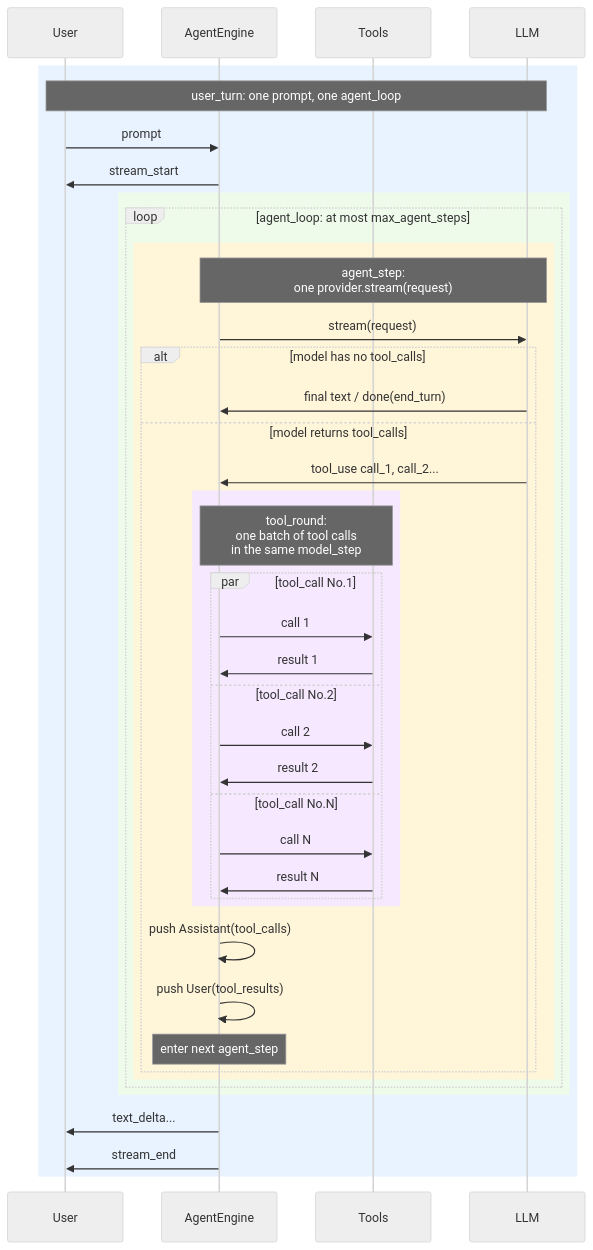
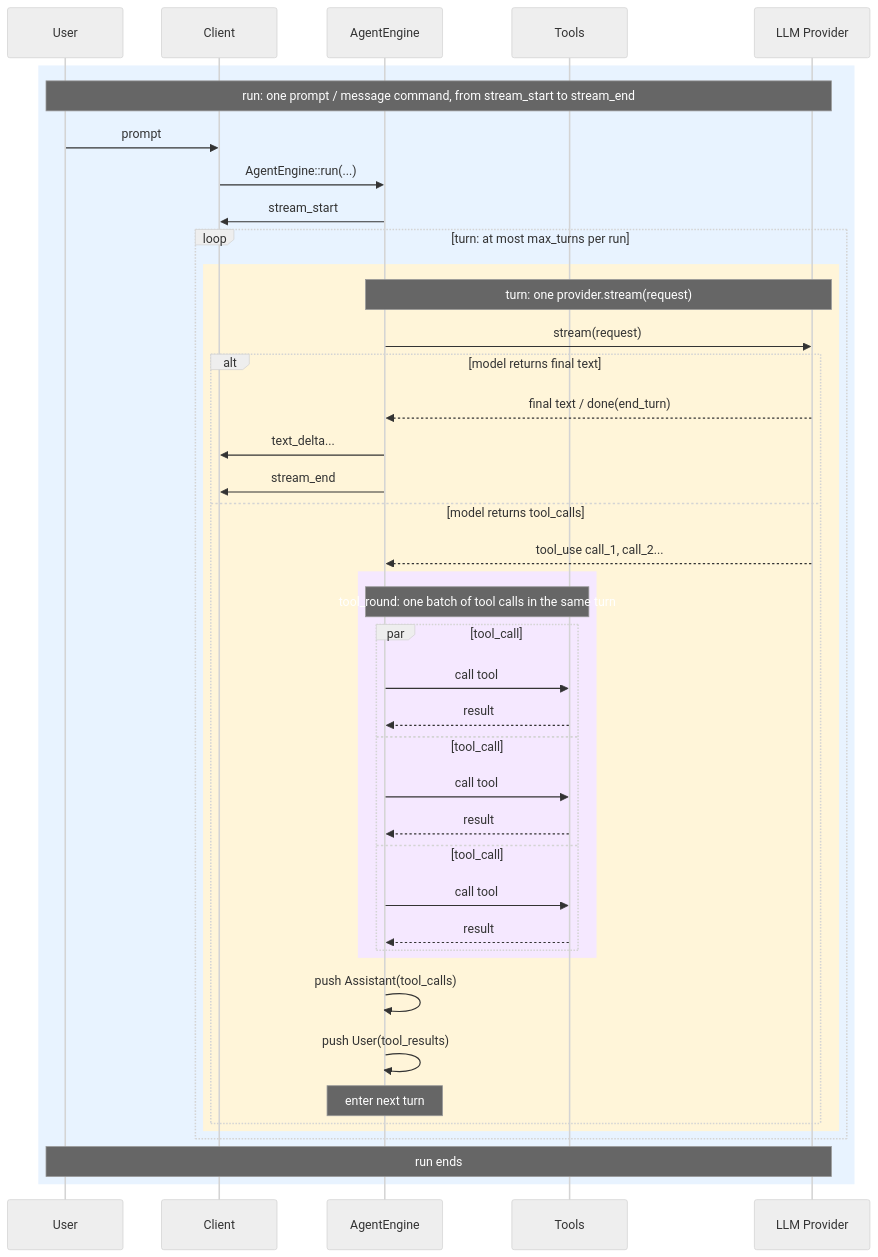
Before and after one commit to iOfficeAI/aionrs: the diagram in docs/core-concepts.md, drawn with Mermaid (neutral theme). The commit also changed other lines of this file and 13 other files, not shown here.

First line of the commit message:
fix(aion-agent): guard non-final turns

````diff
--- a/docs/core-concepts.md
+++ b/docs/core-concepts.md
@@ -31,51 +31,49 @@
 ```mermaid
 sequenceDiagram
     participant U as User
+    participant C as Client
     participant E as AgentEngine
     participant T as Tools
-    participant L as LLM
+    participant L as LLM Provider
 
     rect rgb(232, 243, 255)
-    Note over U,L: user_turn: one prompt, one agent_loop
-    U->>E: prompt
-    E->>U: stream_start
+    Note over U,L: run: one prompt / message command, from stream_start to stream_end
+    U->>C: prompt
+    C->>E: AgentEngine::run(...)
+    E->>C: stream_start
 
-    rect rgb(238, 251, 234)
+    loop turn: at most max_turns per run
+        rect rgb(255, 245, 217)
+            Note over E,L: turn: one provider.stream(request)
+            E->>L: stream(request)
 
-        loop agent_loop: at most max_agent_steps
-            rect rgb(255, 245, 217)
-                Note over E,L: agent_step:<br/>one provider.stream(request)
-                E->>L: stream(request)
+            alt model returns final text
+                L-->>E: final text / done(end_turn)
+                E->>C: text_delta...
+                E->>C: stream_end
+            else model returns tool_calls
+                L-->>E: tool_use call_1, call_2...
+                rect rgb(245, 232, 255)
+                    Note over E,T: tool_round: one batch of tool calls in the same turn
+                    par tool_call #1
+                        E->>T: call tool #1
+                        T-->>E: result #1
+                    and tool_call #2
+                        E->>T: call tool #2
+                        T-->>E: result #2
+                    and tool_call #N
+                        E->>T: call tool #N
+                        T-->>E: result #N
+                    end
+                end
 
-                alt model has no tool_calls
-                    L->>E: final text / done(end_turn)
-                else model returns tool_calls
-                    L->>E: tool_use call_1, call_2...
-                    rect rgb(245, 232, 255)
-                        Note over E,T: tool_round: <br/>one batch of tool calls<br/>in the same model_step
-                        par tool_call No.1
-                            E->>T: call 1
-                            T->>E: result 1
-                        and tool_call No.2
-                            E->>T: call 2
-                            T->>E: result 2
-                        and tool_call No.N
-                            E->>T: call N
-                            T->>E: result N
-                        end
-                    end
-
-                    E->>E: push Assistant(tool_calls)
-                    E->>E: push User(tool_results)
-                    Note over E: enter next agent_step
-
-                end
+                E->>E: push Assistant(tool_calls)
+                E->>E: push User(tool_results)
+                Note over E: enter next turn
             end
         end
+    end
 
-    end
-    E->>U: text_delta...
-    E->>U: stream_end
-
+    Note over U,L: run ends
     end
 ```
````
